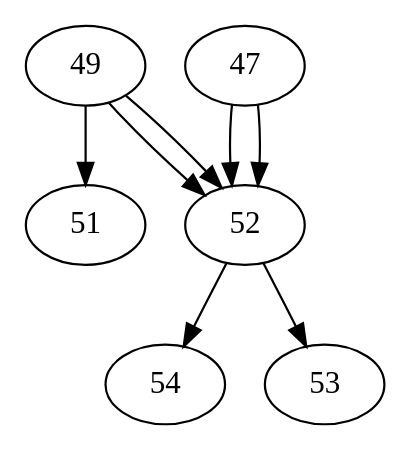
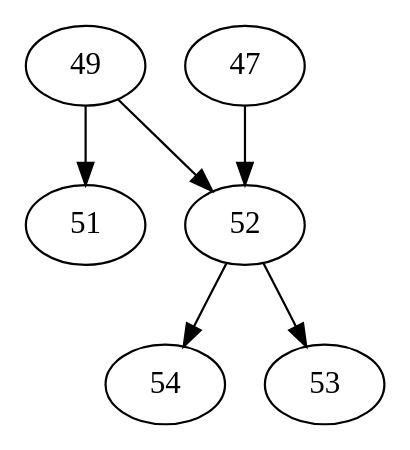
Before and after one commit to yangyixiaof/ConEvoDoop: the diagram in randoop-tests-dot/RegressionTest8_test2.dot, drawn with Graphviz. The commit also changed 1 other file, not shown here.

```diff
--- a/randoop-tests-dot/RegressionTest8_test2.dot
+++ b/randoop-tests-dot/RegressionTest8_test2.dot
@@ -1,14 +1,12 @@
 digraph {
 
 edge[fontname="SimSun",fontcolor=red];
 node[fontname="SimSun",size="20,20"];
 
 49->51;
 52->54;
 49->52;
 47->52;
 52->53;
-49->52;
-47->52;
 
 }
```
